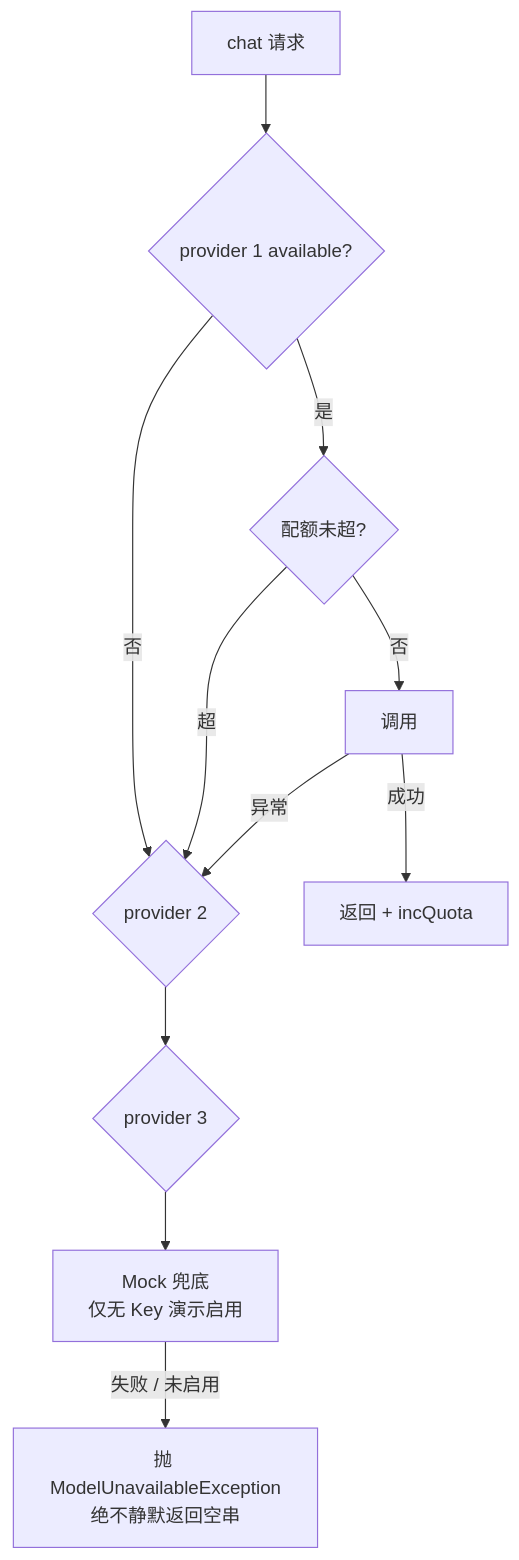
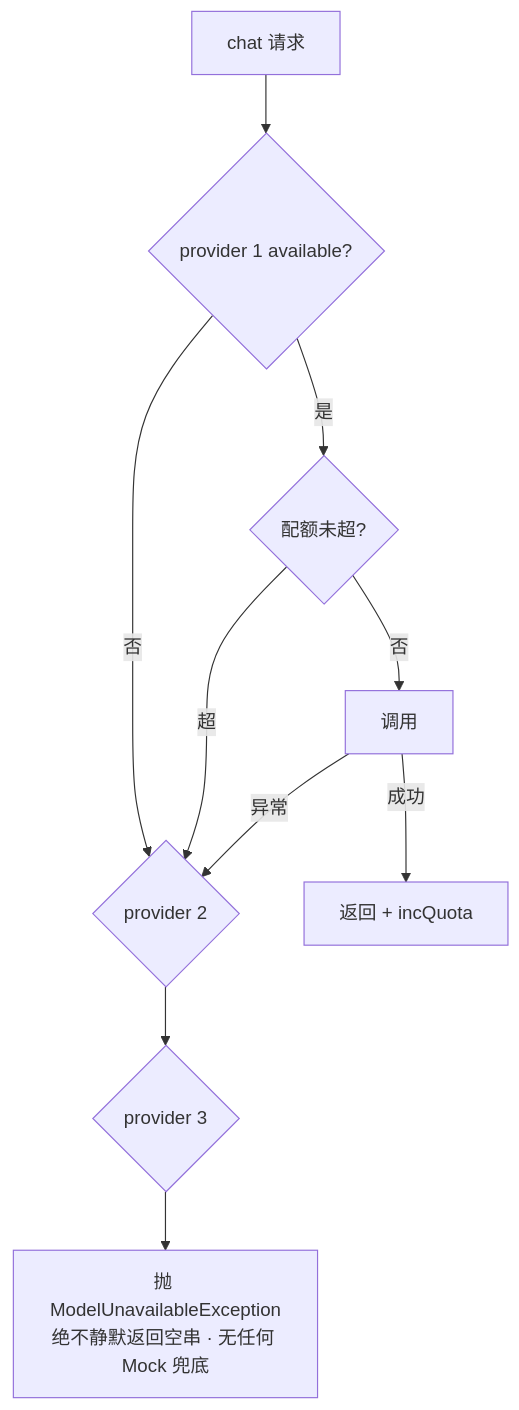
The sixth of 7 diagrams in docs/interview-walkthrough.md (13liyunfei/code-review-agent), drawn with Mermaid before and after one commit. The commit also changed other lines of this file and 1 other file, not shown here.

First line of the commit message:
docs: 同步 P0 修复、全量去 Mock 与校准落库到架构手册与测试报告

````diff
--- a/docs/interview-walkthrough.md
+++ b/docs/interview-walkthrough.md
@@ -324,13 +324,12 @@
 ```mermaid
 flowchart TD
     R[chat 请求] --> P1{provider 1 available?}
     P1 -->|否| P2
     P1 -->|是| Q1{配额未超?}
     Q1 -->|超| P2
     Q1 -->|否| C1[调用]
     C1 -->|成功| S[返回 + incQuota]
     C1 -->|异常| P2{provider 2}
     P2 --> P3{provider 3}
-    P3 --> M[Mock 兜底<br/>仅无 Key 演示启用]
-    M -->|失败 / 未启用| X[抛 ModelUnavailableException<br/>绝不静默返回空串]
+    P3 --> X[抛 ModelUnavailableException<br/>绝不静默返回空串 · 无任何 Mock 兜底]
 ```
````
